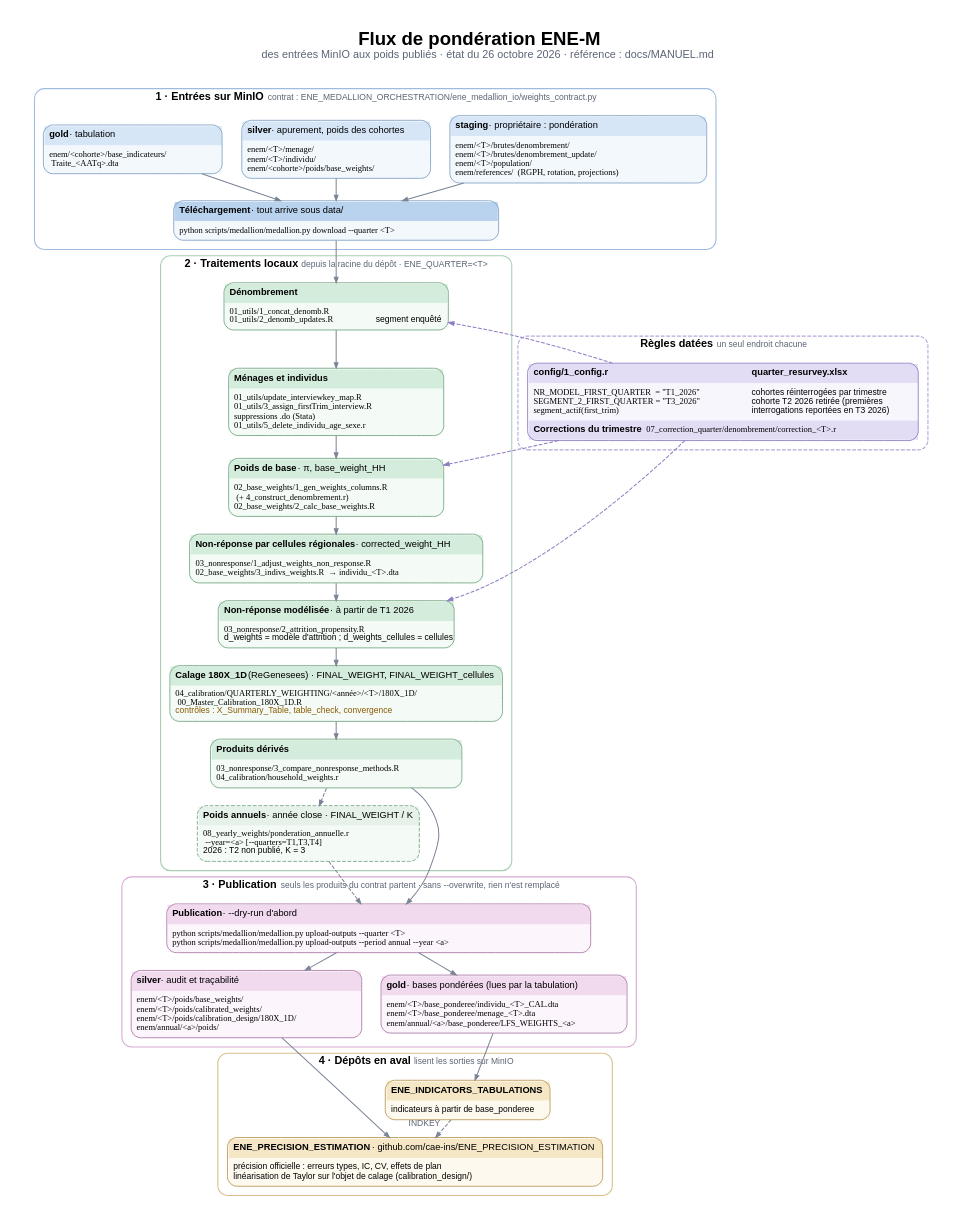
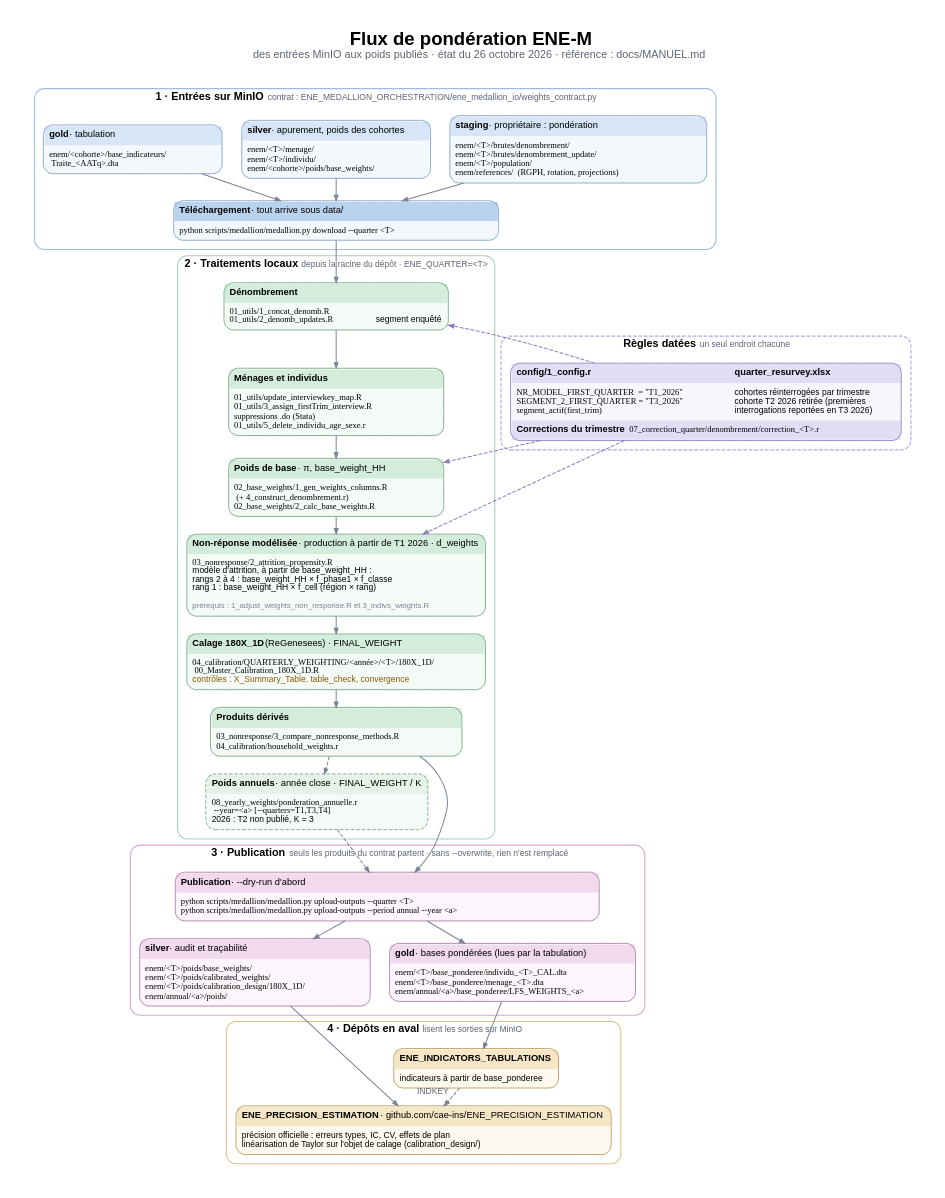
One commit to cae-ins/enem_weight_nv changed the diagram in reports/enem_weight_flow_minio.dot. Above: the diagram before and after it, drawn with Graphviz. The commit also changed 5 other files, not shown here.

First line of the commit message:
Précise que la production est la non-réponse modélisée

```diff
--- a/reports/enem_weight_flow_minio.dot
+++ b/reports/enem_weight_flow_minio.dot
@@ -1,172 +1,169 @@
 // Flux de pondération ENE-M (état du 26 octobre 2026 ; docs/MANUEL.md fait foi).
 // Rendu, depuis reports/ :
 //   dot -Tpng -Gdpi=130 -o enem_weight_flow_minio.png enem_weight_flow_minio.dot
 //   dot -Tsvg -o enem_weight_flow_minio.svg enem_weight_flow_minio.dot
 digraph ENE_WEIGHT_FLOW_MINIO {
   graph [
     rankdir=TB, newrank=true, compound=true,
     bgcolor="#FFFFFF", pad="0.4", nodesep="0.35", ranksep="0.32",
     splines=spline, fontname="Arial", fontsize=24, labelloc="t",
     label=<<B>Flux de pondération ENE-M</B><BR/><FONT POINT-SIZE="14" COLOR="#5B6475">des entrées MinIO aux poids publiés · état du 26 octobre 2026 · référence : docs/MANUEL.md</FONT><BR/> >
   ];
   node  [shape=plain, fontname="Arial", fontsize=12];
   edge  [color="#7A8496", arrowsize=0.7, penwidth=1.3, fontname="Arial", fontsize=11, fontcolor="#5B6475"];
 
   // ---------------------------------------------------------------- Entrées
   subgraph cluster_in {
     label=<<B>1 · Entrées sur MinIO</B>  <FONT POINT-SIZE="11" COLOR="#5B6475">contrat : ENE_MEDALLION_ORCHESTRATION/ene_medallion_io/weights_contract.py</FONT>>;
     fontsize=14; style="rounded"; color="#9DBCE0"; penwidth=1.4; margin=12;
 
     staging_in [label=<
       <TABLE BORDER="1" CELLBORDER="0" CELLSPACING="0" CELLPADDING="6" COLOR="#6F93BF" STYLE="ROUNDED">
         <TR><TD BGCOLOR="#D6E6F7" ALIGN="LEFT"><B>staging</B> · propriétaire : pondération</TD></TR>
         <TR><TD BGCOLOR="#F3F8FD" ALIGN="LEFT" BALIGN="LEFT"><FONT FACE="Consolas" POINT-SIZE="11">enem/&lt;T&gt;/brutes/denombrement/<BR/>enem/&lt;T&gt;/brutes/denombrement_update/<BR/>enem/&lt;T&gt;/population/<BR/>enem/references/  (RGPH, rotation, projections)</FONT></TD></TR>
       </TABLE>>];
 
     silver_in [label=<
       <TABLE BORDER="1" CELLBORDER="0" CELLSPACING="0" CELLPADDING="6" COLOR="#6F93BF" STYLE="ROUNDED">
         <TR><TD BGCOLOR="#D6E6F7" ALIGN="LEFT"><B>silver</B> · apurement, poids des cohortes</TD></TR>
         <TR><TD BGCOLOR="#F3F8FD" ALIGN="LEFT" BALIGN="LEFT"><FONT FACE="Consolas" POINT-SIZE="11">enem/&lt;T&gt;/menage/<BR/>enem/&lt;T&gt;/individu/<BR/>enem/&lt;cohorte&gt;/poids/base_weights/</FONT></TD></TR>
       </TABLE>>];
 
     gold_in [label=<
       <TABLE BORDER="1" CELLBORDER="0" CELLSPACING="0" CELLPADDING="6" COLOR="#6F93BF" STYLE="ROUNDED">
         <TR><TD BGCOLOR="#D6E6F7" ALIGN="LEFT"><B>gold</B> · tabulation</TD></TR>
         <TR><TD BGCOLOR="#F3F8FD" ALIGN="LEFT" BALIGN="LEFT"><FONT FACE="Consolas" POINT-SIZE="11">enem/&lt;cohorte&gt;/base_indicateurs/<BR/>  Traite_&lt;AATq&gt;.dta</FONT></TD></TR>
       </TABLE>>];
 
     download [label=<
       <TABLE BORDER="1" CELLBORDER="0" CELLSPACING="0" CELLPADDING="6" COLOR="#6F93BF" STYLE="ROUNDED">
         <TR><TD BGCOLOR="#B9D3EF" ALIGN="LEFT"><B>Téléchargement</B> · tout arrive sous data/</TD></TR>
         <TR><TD BGCOLOR="#F3F8FD" ALIGN="LEFT"><FONT FACE="Consolas" POINT-SIZE="11">python scripts/medallion/medallion.py download --quarter &lt;T&gt;</FONT></TD></TR>
       </TABLE>>];
   }
 
   // ---------------------------------------------------------------- Traitements
   subgraph cluster_local {
     label=<<B>2 · Traitements locaux</B>  <FONT POINT-SIZE="11" COLOR="#5B6475">depuis la racine du dépôt · ENE_QUARTER=&lt;T&gt;</FONT>>;
     fontsize=14; style="rounded"; color="#A9CDB4"; penwidth=1.4; margin=12;
 
     denomb [label=<
       <TABLE BORDER="1" CELLBORDER="0" CELLSPACING="0" CELLPADDING="6" COLOR="#5E9A70" STYLE="ROUNDED">
         <TR><TD BGCOLOR="#D4ECDB" ALIGN="LEFT"><B>Dénombrement</B></TD></TR>
         <TR><TD BGCOLOR="#F4FAF5" ALIGN="LEFT" BALIGN="LEFT"><FONT FACE="Consolas" POINT-SIZE="11">01_utils/1_concat_denomb.R<BR/>01_utils/2_denomb_updates.R</FONT><FONT POINT-SIZE="11">   segment enquêté</FONT></TD></TR>
       </TABLE>>];
 
     menages [label=<
       <TABLE BORDER="1" CELLBORDER="0" CELLSPACING="0" CELLPADDING="6" COLOR="#5E9A70" STYLE="ROUNDED">
         <TR><TD BGCOLOR="#D4ECDB" ALIGN="LEFT"><B>Ménages et individus</B></TD></TR>
         <TR><TD BGCOLOR="#F4FAF5" ALIGN="LEFT" BALIGN="LEFT"><FONT FACE="Consolas" POINT-SIZE="11">01_utils/update_interviewkey_map.R<BR/>01_utils/3_assign_firstTrim_interview.R<BR/>suppressions .do (Stata)<BR/>01_utils/5_delete_individu_age_sexe.r</FONT></TD></TR>
       </TABLE>>];
 
     base_weights [label=<
       <TABLE BORDER="1" CELLBORDER="0" CELLSPACING="0" CELLPADDING="6" COLOR="#5E9A70" STYLE="ROUNDED">
         <TR><TD BGCOLOR="#D4ECDB" ALIGN="LEFT"><B>Poids de base</B> · π, base_weight_HH</TD></TR>
         <TR><TD BGCOLOR="#F4FAF5" ALIGN="LEFT" BALIGN="LEFT"><FONT FACE="Consolas" POINT-SIZE="11">02_base_weights/1_gen_weights_columns.R<BR/>  (+ 4_construct_denombrement.r)<BR/>02_base_weights/2_calc_base_weights.R</FONT></TD></TR>
       </TABLE>>];
 
-    nr_cells [label=<
-      <TABLE BORDER="1" CELLBORDER="0" CELLSPACING="0" CELLPADDING="6" COLOR="#5E9A70" STYLE="ROUNDED">
-        <TR><TD BGCOLOR="#D4ECDB" ALIGN="LEFT"><B>Non-réponse par cellules régionales</B> · corrected_weight_HH</TD></TR>
-        <TR><TD BGCOLOR="#F4FAF5" ALIGN="LEFT" BALIGN="LEFT"><FONT FACE="Consolas" POINT-SIZE="11">03_nonresponse/1_adjust_weights_non_response.R<BR/>02_base_weights/3_indivs_weights.R  → individu_&lt;T&gt;.dta</FONT></TD></TR>
-      </TABLE>>];
+
 
     nr_model [label=<
       <TABLE BORDER="1" CELLBORDER="0" CELLSPACING="0" CELLPADDING="6" COLOR="#5E9A70" STYLE="ROUNDED">
-        <TR><TD BGCOLOR="#D4ECDB" ALIGN="LEFT"><B>Non-réponse modélisée</B> · à partir de T1 2026</TD></TR>
-        <TR><TD BGCOLOR="#F4FAF5" ALIGN="LEFT" BALIGN="LEFT"><FONT FACE="Consolas" POINT-SIZE="11">03_nonresponse/2_attrition_propensity.R</FONT><BR/><FONT POINT-SIZE="11">d_weights = modèle d'attrition ; d_weights_cellules = cellules</FONT></TD></TR>
+        <TR><TD BGCOLOR="#D4ECDB" ALIGN="LEFT"><B>Non-réponse modélisée</B> · production à partir de T1 2026 · d_weights</TD></TR>
+        <TR><TD BGCOLOR="#F4FAF5" ALIGN="LEFT" BALIGN="LEFT"><FONT FACE="Consolas" POINT-SIZE="11">03_nonresponse/2_attrition_propensity.R</FONT><BR/><FONT POINT-SIZE="11">modèle d'attrition, à partir de base_weight_HH :<BR/>rangs 2 à 4 : base_weight_HH × f_phase1 × f_classe<BR/>rang 1 : base_weight_HH × f_cell (région × rang)</FONT></TD></TR>
+        <TR><TD BGCOLOR="#F4FAF5" ALIGN="LEFT"><FONT POINT-SIZE="10" COLOR="#7A8496">prérequis : 1_adjust_weights_non_response.R et 3_indivs_weights.R</FONT></TD></TR>
       </TABLE>>];
 
     calibration [label=<
       <TABLE BORDER="1" CELLBORDER="0" CELLSPACING="0" CELLPADDING="6" COLOR="#5E9A70" STYLE="ROUNDED">
-        <TR><TD BGCOLOR="#D4ECDB" ALIGN="LEFT"><B>Calage 180X_1D</B> (ReGenesees) · FINAL_WEIGHT, FINAL_WEIGHT_cellules</TD></TR>
+        <TR><TD BGCOLOR="#D4ECDB" ALIGN="LEFT"><B>Calage 180X_1D</B> (ReGenesees) · FINAL_WEIGHT</TD></TR>
         <TR><TD BGCOLOR="#F4FAF5" ALIGN="LEFT" BALIGN="LEFT"><FONT FACE="Consolas" POINT-SIZE="11">04_calibration/QUARTERLY_WEIGHTING/&lt;année&gt;/&lt;T&gt;/180X_1D/<BR/>  00_Master_Calibration_180X_1D.R</FONT><BR/><FONT POINT-SIZE="11" COLOR="#8A5A00">contrôles : X_Summary_Table, table_check, convergence</FONT></TD></TR>
       </TABLE>>];
 
     derived [label=<
       <TABLE BORDER="1" CELLBORDER="0" CELLSPACING="0" CELLPADDING="6" COLOR="#5E9A70" STYLE="ROUNDED">
         <TR><TD BGCOLOR="#D4ECDB" ALIGN="LEFT"><B>Produits dérivés</B></TD></TR>
         <TR><TD BGCOLOR="#F4FAF5" ALIGN="LEFT" BALIGN="LEFT"><FONT FACE="Consolas" POINT-SIZE="11">03_nonresponse/3_compare_nonresponse_methods.R<BR/>04_calibration/household_weights.r</FONT></TD></TR>
       </TABLE>>];
 
     annual [label=<
       <TABLE BORDER="1" CELLBORDER="0" CELLSPACING="0" CELLPADDING="6" COLOR="#5E9A70" STYLE="ROUNDED,DASHED">
         <TR><TD BGCOLOR="#E6F2E9" ALIGN="LEFT"><B>Poids annuels</B> · année close · FINAL_WEIGHT / K</TD></TR>
         <TR><TD BGCOLOR="#F4FAF5" ALIGN="LEFT" BALIGN="LEFT"><FONT FACE="Consolas" POINT-SIZE="11">08_yearly_weights/ponderation_annuelle.r<BR/>  --year=&lt;a&gt; [--quarters=T1,T3,T4]</FONT><BR/><FONT POINT-SIZE="11">2026 : T2 non publié, K = 3</FONT></TD></TR>
       </TABLE>>];
   }
 
   // ---------------------------------------------------------------- Règles datées
   subgraph cluster_rules {
     label=<<B>Règles datées</B>  <FONT POINT-SIZE="11" COLOR="#5B6475">un seul endroit chacune</FONT>>;
     fontsize=14; style="rounded,dashed"; color="#B7A6DD"; penwidth=1.4; margin=12;
 
     rules [label=<
       <TABLE BORDER="1" CELLBORDER="0" CELLSPACING="0" CELLPADDING="6" COLOR="#7D6BB8" STYLE="ROUNDED">
         <TR><TD BGCOLOR="#E3DCF5" ALIGN="LEFT"><B>config/1_config.r</B></TD>
             <TD BGCOLOR="#E3DCF5" ALIGN="LEFT"><B>quarter_resurvey.xlsx</B></TD></TR>
         <TR><TD BGCOLOR="#F8F6FD" ALIGN="LEFT" BALIGN="LEFT" VALIGN="TOP"><FONT FACE="Consolas" POINT-SIZE="11">NR_MODEL_FIRST_QUARTER  = "T1_2026"<BR/>SEGMENT_2_FIRST_QUARTER = "T3_2026"<BR/>segment_actif(first_trim)</FONT></TD>
             <TD BGCOLOR="#F8F6FD" ALIGN="LEFT" BALIGN="LEFT" VALIGN="TOP"><FONT POINT-SIZE="11">cohortes réinterrogées par trimestre<BR/>cohorte T2 2026 retirée (premières<BR/>interrogations reportées en T3 2026)</FONT></TD></TR>
         <TR><TD BGCOLOR="#E3DCF5" ALIGN="LEFT" COLSPAN="2"><B>Corrections du trimestre</B>  <FONT FACE="Consolas" POINT-SIZE="11">07_correction_quarter/denombrement/correction_&lt;T&gt;.r</FONT></TD></TR>
       </TABLE>>];
   }
 
   // ---------------------------------------------------------------- Publication
   subgraph cluster_out {
     label=<<B>3 · Publication</B>  <FONT POINT-SIZE="11" COLOR="#5B6475">seuls les produits du contrat partent · sans --overwrite, rien n'est remplacé</FONT>>;
     fontsize=14; style="rounded"; color="#D7A9D0"; penwidth=1.4; margin=12;
 
     upload [label=<
       <TABLE BORDER="1" CELLBORDER="0" CELLSPACING="0" CELLPADDING="6" COLOR="#A0679A" STYLE="ROUNDED">
-        <TR><TD BGCOLOR="#F1D9EE" ALIGN="LEFT"><B>Publication</B> · --dry-run d'abord</TD></TR>
+        <TR><TD BGCOLOR="#F1D9EE" ALIGN="LEFT"><B>Publication</B> · &#45;&#45;dry-run d'abord</TD></TR>
         <TR><TD BGCOLOR="#FCF5FB" ALIGN="LEFT" BALIGN="LEFT"><FONT FACE="Consolas" POINT-SIZE="11">python scripts/medallion/medallion.py upload-outputs --quarter &lt;T&gt;<BR/>python scripts/medallion/medallion.py upload-outputs --period annual --year &lt;a&gt;</FONT></TD></TR>
       </TABLE>>];
 
     silver_out [label=<
       <TABLE BORDER="1" CELLBORDER="0" CELLSPACING="0" CELLPADDING="6" COLOR="#A0679A" STYLE="ROUNDED">
         <TR><TD BGCOLOR="#F1D9EE" ALIGN="LEFT"><B>silver</B> · audit et traçabilité</TD></TR>
         <TR><TD BGCOLOR="#FCF5FB" ALIGN="LEFT" BALIGN="LEFT"><FONT FACE="Consolas" POINT-SIZE="11">enem/&lt;T&gt;/poids/base_weights/<BR/>enem/&lt;T&gt;/poids/calibrated_weights/<BR/>enem/&lt;T&gt;/poids/calibration_design/180X_1D/<BR/>enem/annual/&lt;a&gt;/poids/</FONT></TD></TR>
       </TABLE>>];
 
     gold_out [label=<
       <TABLE BORDER="1" CELLBORDER="0" CELLSPACING="0" CELLPADDING="6" COLOR="#A0679A" STYLE="ROUNDED">
         <TR><TD BGCOLOR="#F1D9EE" ALIGN="LEFT"><B>gold</B> · bases pondérées (lues par la tabulation)</TD></TR>
         <TR><TD BGCOLOR="#FCF5FB" ALIGN="LEFT" BALIGN="LEFT"><FONT FACE="Consolas" POINT-SIZE="11">enem/&lt;T&gt;/base_ponderee/individu_&lt;T&gt;_CAL.dta<BR/>enem/&lt;T&gt;/base_ponderee/menage_&lt;T&gt;.dta<BR/>enem/annual/&lt;a&gt;/base_ponderee/LFS_WEIGHTS_&lt;a&gt;</FONT></TD></TR>
       </TABLE>>];
   }
 
   // ---------------------------------------------------------------- Dépôts en aval
   subgraph cluster_down {
     label=<<B>4 · Dépôts en aval</B>  <FONT POINT-SIZE="11" COLOR="#5B6475">lisent les sorties sur MinIO</FONT>>;
     fontsize=14; style="rounded"; color="#D9C08A"; penwidth=1.4; margin=12;
 
     tabulation [label=<
       <TABLE BORDER="1" CELLBORDER="0" CELLSPACING="0" CELLPADDING="6" COLOR="#B08A3E" STYLE="ROUNDED">
         <TR><TD BGCOLOR="#F5E7C6" ALIGN="LEFT"><B>ENE_INDICATORS_TABULATIONS</B></TD></TR>
         <TR><TD BGCOLOR="#FDF9EF" ALIGN="LEFT"><FONT POINT-SIZE="11">indicateurs à partir de base_ponderee</FONT></TD></TR>
       </TABLE>>];
 
     precision [label=<
       <TABLE BORDER="1" CELLBORDER="0" CELLSPACING="0" CELLPADDING="6" COLOR="#B08A3E" STYLE="ROUNDED">
         <TR><TD BGCOLOR="#F5E7C6" ALIGN="LEFT"><B>ENE_PRECISION_ESTIMATION</B> · github.com/cae-ins/ENE_PRECISION_ESTIMATION</TD></TR>
         <TR><TD BGCOLOR="#FDF9EF" ALIGN="LEFT" BALIGN="LEFT"><FONT POINT-SIZE="11">précision officielle : erreurs types, IC, CV, effets de plan<BR/>linéarisation de Taylor sur l'objet de calage (calibration_design/)</FONT></TD></TR>
       </TABLE>>];
   }
 
   // ---------------------------------------------------------------- Liens
   {staging_in silver_in gold_in} -> download;
-  download -> denomb -> menages -> base_weights -> nr_cells -> nr_model -> calibration -> derived -> upload;
+  download -> denomb -> menages -> base_weights -> nr_model -> calibration -> derived -> upload;
   derived -> annual [style=dashed];
   annual -> upload [style=dashed];
   upload -> {silver_out gold_out};
   {rank=same; silver_out; gold_out;}
   gold_out -> tabulation;
   silver_out -> precision;
   tabulation -> precision [style=dashed, xlabel=" INDKEY "];
 
   // Règles à côté de la chaîne, reliées aux étapes qui les lisent
   {rank=same; menages; rules;}
   rules -> denomb       [style=dashed, color="#8E7CC3", constraint=false];
   rules -> base_weights [style=dashed, color="#8E7CC3", constraint=false];
   rules -> nr_model     [style=dashed, color="#8E7CC3", constraint=false];
 }
```
